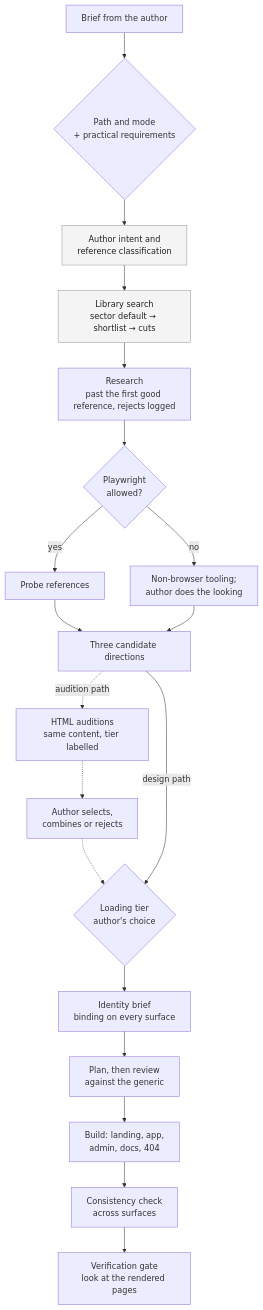
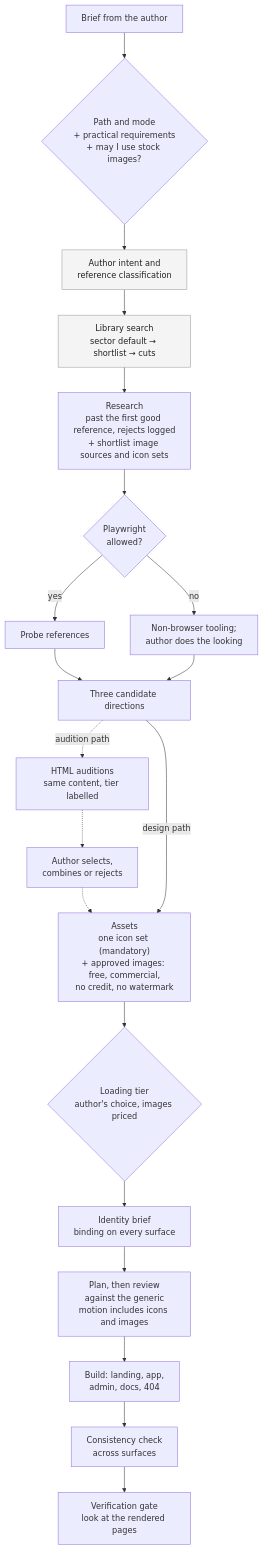
Before and after one commit to jounimn/df-design: the first of 2 diagrams in README.md, drawn with Mermaid. The commit also changed other lines of this file and 38 other files, not shown here.

````diff
--- a/README.md
+++ b/README.md
@@ -74,25 +79,26 @@
 ```mermaid
 flowchart TD
-    A["Brief from the author"] --> G{"Path and mode<br/>+ practical requirements"}
+    A["Brief from the author"] --> G{"Path and mode<br/>+ practical requirements<br/>+ may I use stock images?"}
     G --> I["Author intent and<br/>reference classification"]
     I --> L["Library search<br/>sector default → shortlist → cuts"]
-    L --> R["Research<br/>past the first good reference, rejects logged"]
+    L --> R["Research<br/>past the first good reference, rejects logged<br/>+ shortlist image sources and icon sets"]
     R --> P{"Playwright<br/>allowed?"}
     P -->|yes| PR["Probe references"]
     P -->|no| NB["Non-browser tooling;<br/>author does the looking"]
     PR --> D["Three candidate directions"]
     NB --> D
     D -.audition path.-> AU["HTML auditions<br/>same content, tier labelled"]
     AU -.-> S["Author selects,<br/>combines or rejects"]
-    S -.-> T
-    D -->|design path| T{"Loading tier<br/>author's choice"}
+    S -.-> AS
+    D -->|design path| AS["Assets<br/>one icon set (mandatory)<br/>+ approved images: free, commercial,<br/>no credit, no watermark"]
+    AS --> T{"Loading tier<br/>author's choice, images priced"}
     T --> B["Identity brief<br/>binding on every surface"]
-    B --> PL["Plan, then review<br/>against the generic"]
+    B --> PL["Plan, then review<br/>against the generic<br/>motion includes icons and images"]
     PL --> BU["Build: landing, app,<br/>admin, docs, 404"]
     BU --> C["Consistency check<br/>across surfaces"]
     C --> V["Verification gate<br/>look at the rendered pages"]
 
     classDef ref fill:#f4f4f4,stroke:#999,color:#222
     I:::ref
     L:::ref
 ```
````
